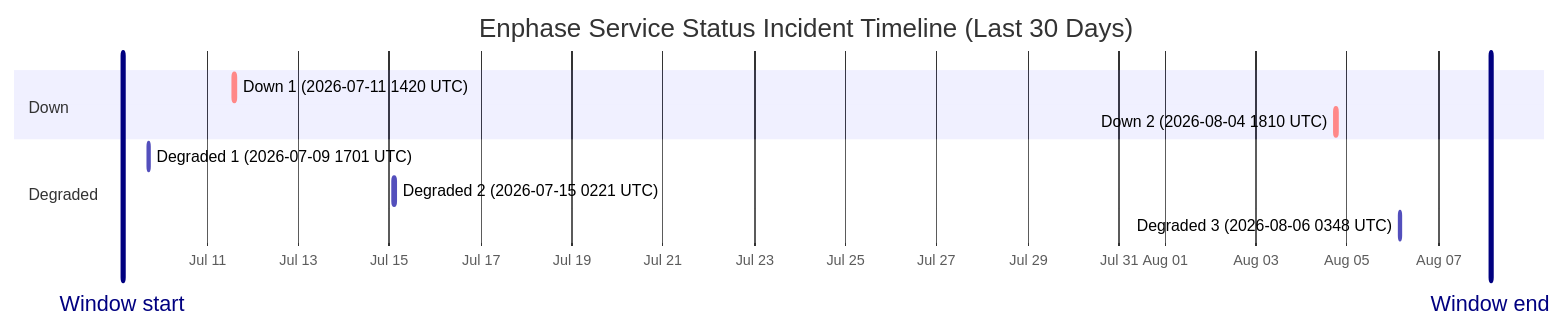
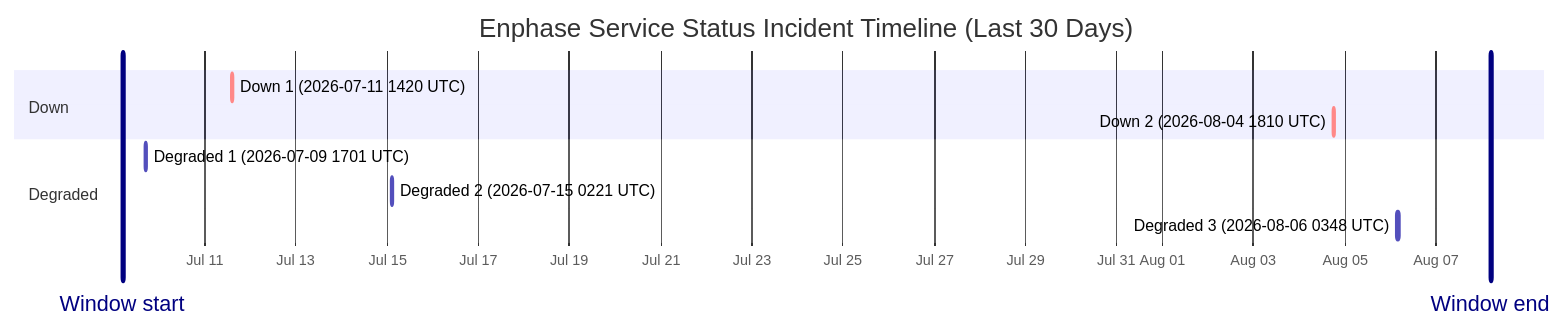
One commit to barneyonline/ha-enphase-energy changed the diagram in wiki/Service-Status-History.md. Above: the diagram before and after it, drawn with Mermaid. The commit also changed other lines of this file and 3 other files, not shown here.

````diff
--- a/wiki/Service-Status-History.md
+++ b/wiki/Service-Status-History.md
@@ -14,15 +14,15 @@
 ```mermaid
 gantt
     title Enphase Service Status Incident Timeline (Last 30 Days)
     dateFormat  YYYY-MM-DDTHH:mm:ss
     axisFormat  %b %d
-    Window start :vert, window-start, 2026-07-09T03:39:29, 0ms
-    Window end :vert, window-end, 2026-08-08T03:39:29, 0ms
+    Window start :vert, window-start, 2026-07-09T04:54:29, 0ms
+    Window end :vert, window-end, 2026-08-08T04:54:29, 0ms
     section Down
     Down 1 (2026-07-11 1420 UTC) :crit, down-1, 2026-07-11T14:20:54, 69m
     Down 2 (2026-08-04 1810 UTC) :crit, down-2, 2026-08-04T18:10:46, 60m
     section Degraded
     Degraded 1 (2026-07-09 1701 UTC) :active, degraded-1, 2026-07-09T17:01:02, 60m
     Degraded 2 (2026-07-15 0221 UTC) :active, degraded-2, 2026-07-15T02:21:35, 60m
     Degraded 3 (2026-08-06 0348 UTC) :active, degraded-3, 2026-08-06T03:48:14, 60m
 ```
````
